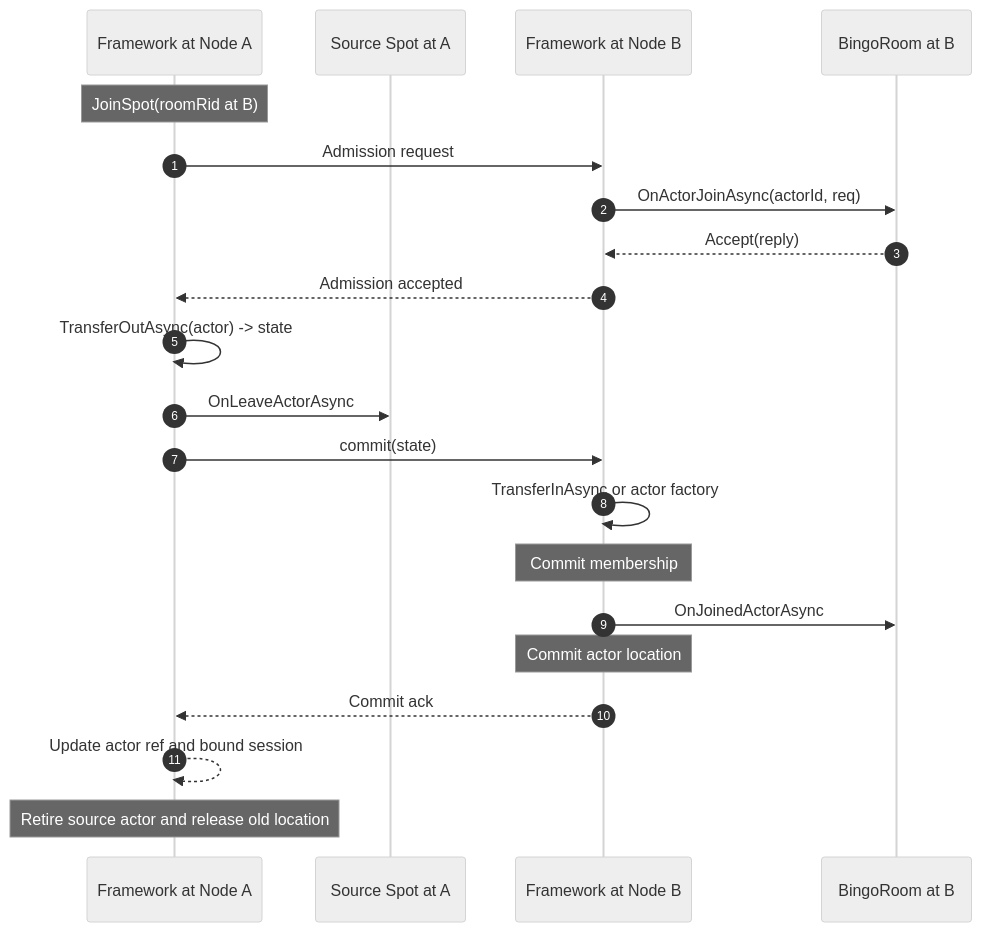
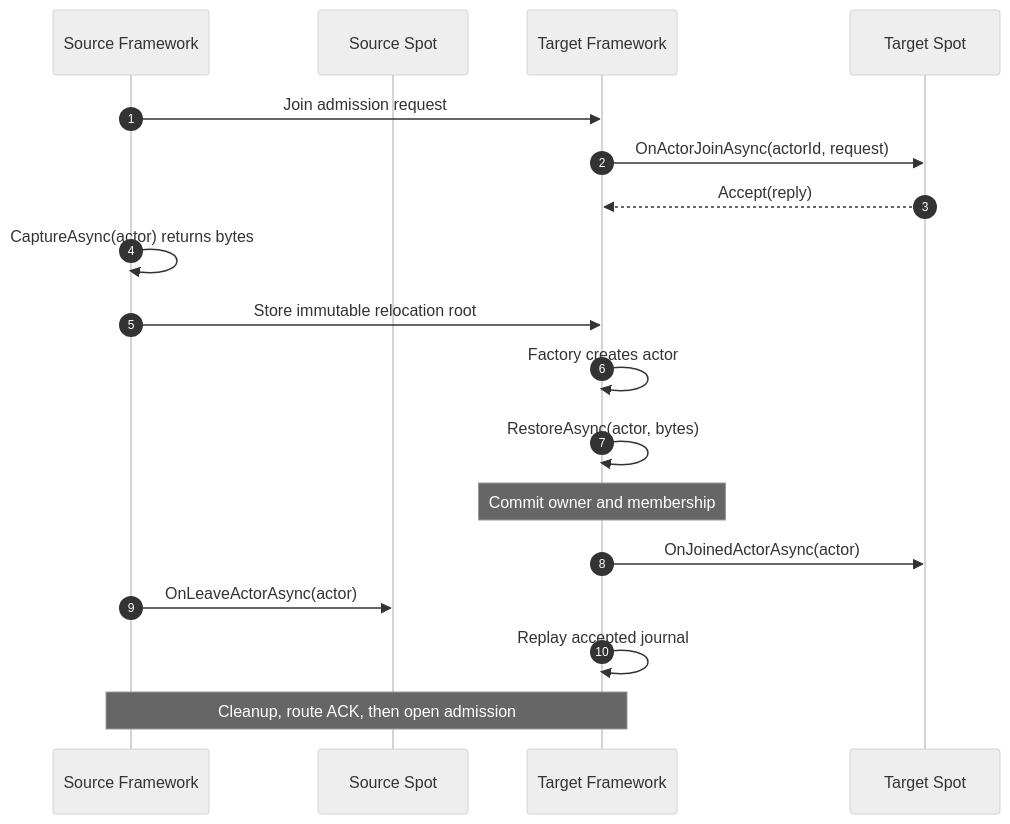
One commit to kairos-code-dev/zlink changed the fifth of 5 diagrams in framework/doc/framework/dotnet/guide/07-actor-spot.ko.md. Above: the diagram before and after it, drawn with Mermaid (neutral theme). The commit also changed other lines of this file and 32 other files, not shown here.

Commit message:
docs-framework-relocation-review-fixes

````diff
--- a/framework/doc/framework/dotnet/guide/07-actor-spot.ko.md
+++ b/framework/doc/framework/dotnet/guide/07-actor-spot.ko.md
@@ -338,23 +304,20 @@
 ```mermaid
 sequenceDiagram
   autonumber
-  participant CA as Framework at Node A
-  participant EA as Source Spot at A
-  participant CB as Framework at Node B
-  participant R as BingoRoom at B
-  Note over CA: JoinSpot(roomRid at B)
-  CA->>CB: Admission request
-  CB->>R: OnActorJoinAsync(actorId, req)
-  R-->>CB: Accept(reply)
-  CB-->>CA: Admission accepted
-  CA->>CA: TransferOutAsync(actor) -> state
-  CA->>EA: OnLeaveActorAsync
-  CA->>CB: commit(state)
-  CB->>CB: TransferInAsync or actor factory
-  Note over CB: Commit membership
-  CB->>R: OnJoinedActorAsync
-  Note over CB: Commit actor location
-  CB-->>CA: Commit ack
-  CA-->>CA: Update actor ref and bound session
-  Note over CA: Retire source actor and release old location
+  participant S as Source Framework
+  participant L as Source Spot
+  participant T as Target Framework
+  participant R as Target Spot
+  S->>T: Join admission request
+  T->>R: OnActorJoinAsync(actorId, request)
+  R-->>T: Accept(reply)
+  S->>S: CaptureAsync(actor) returns bytes
+  S->>T: Store immutable relocation root
+  T->>T: Factory creates actor
+  T->>T: RestoreAsync(actor, bytes)
+  Note over T: Commit owner and membership
+  T->>R: OnJoinedActorAsync(actor)
+  S->>L: OnLeaveActorAsync(actor)
+  T->>T: Replay accepted journal
+  Note over S,T: Cleanup, route ACK, then open admission
 ```
````
